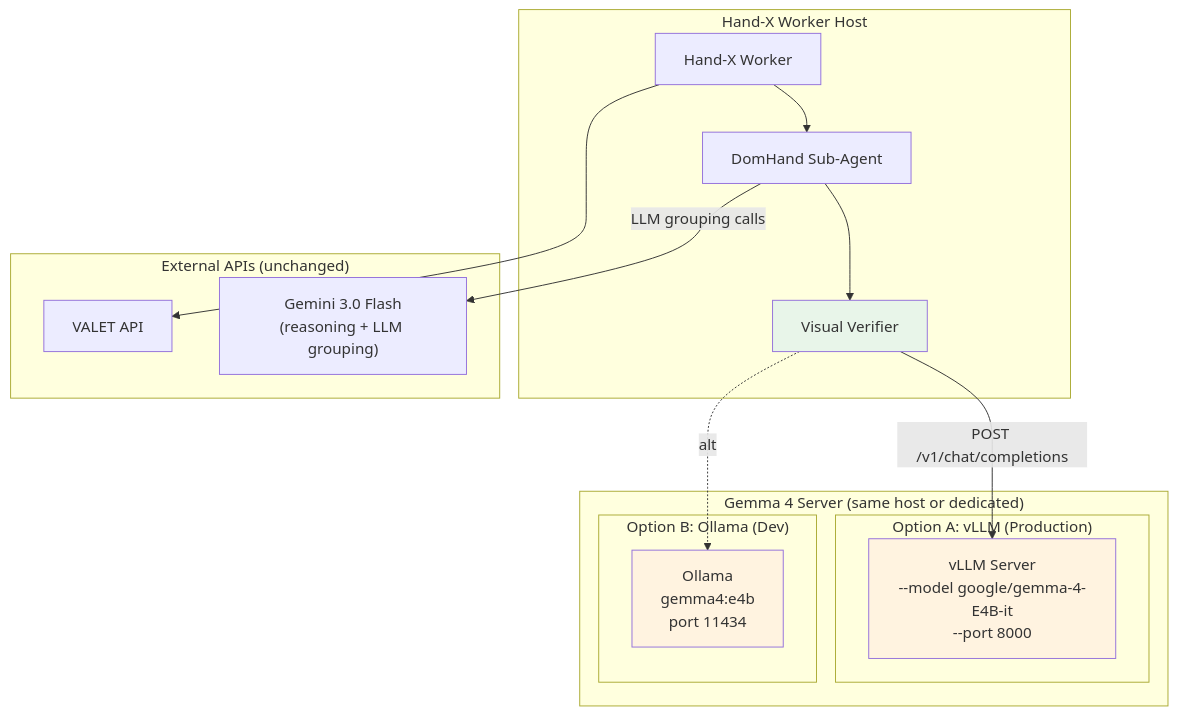
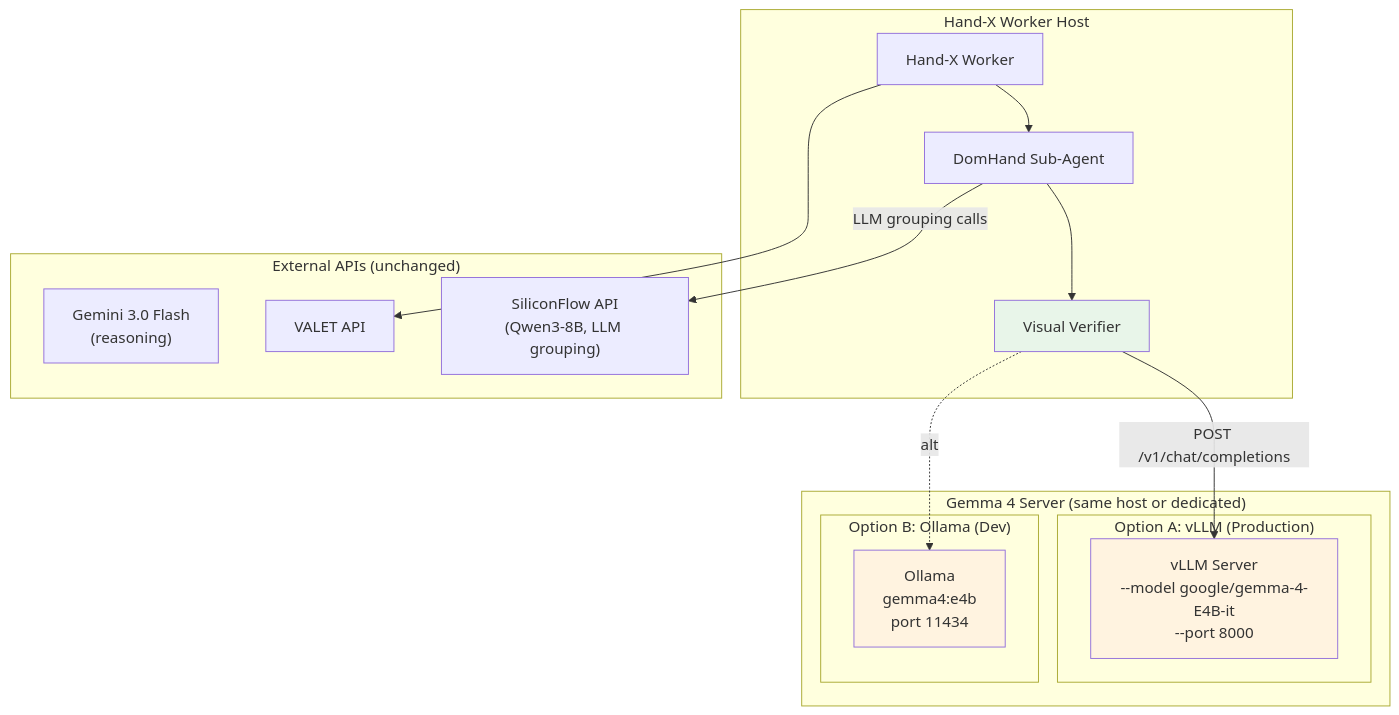
Before and after one commit to WeKruit/Hand-X: the sixth of 7 diagrams in .planning/research/V4.0-DOMHAND-ENRICHMENT-OOD.md, drawn with Mermaid. The commit also changed other lines of this file, not shown here.

````diff
--- a/.planning/research/V4.0-DOMHAND-ENRICHMENT-OOD.md
+++ b/.planning/research/V4.0-DOMHAND-ENRICHMENT-OOD.md
@@ -881,33 +937,34 @@
 ```mermaid
 graph TB
     subgraph "Hand-X Worker Host"
         Worker["Hand-X Worker"]
         DomHand["DomHand Sub-Agent"]
         VisVerify["Visual Verifier"]
     end
 
     subgraph "Gemma 4 Server (same host or dedicated)"
         subgraph "Option A: vLLM (Production)"
             VLLM["vLLM Server<br/>--model google/gemma-4-E4B-it<br/>--port 8000"]
         end
         subgraph "Option B: Ollama (Dev)"
             Ollama["Ollama<br/>gemma4:e4b<br/>port 11434"]
         end
     end
 
     subgraph "External APIs (unchanged)"
-        GeminiAPI["Gemini 3.0 Flash<br/>(reasoning + LLM grouping)"]
+        GeminiAPI["Gemini 3.0 Flash<br/>(reasoning)"]
+        SiliconFlow["SiliconFlow API<br/>(Qwen3-8B, LLM grouping)"]
         ValetAPI["VALET API"]
     end
 
     Worker --> DomHand
     DomHand --> VisVerify
     VisVerify -->|"POST /v1/chat/completions"| VLLM
     VisVerify -.->|"alt"| Ollama
-    DomHand -->|"LLM grouping calls"| GeminiAPI
+    DomHand -->|"LLM grouping calls"| SiliconFlow
     Worker --> ValetAPI
 
     style VLLM fill:#fff3e0
     style Ollama fill:#fff3e0
     style VisVerify fill:#e8f5e9
 ```
````
